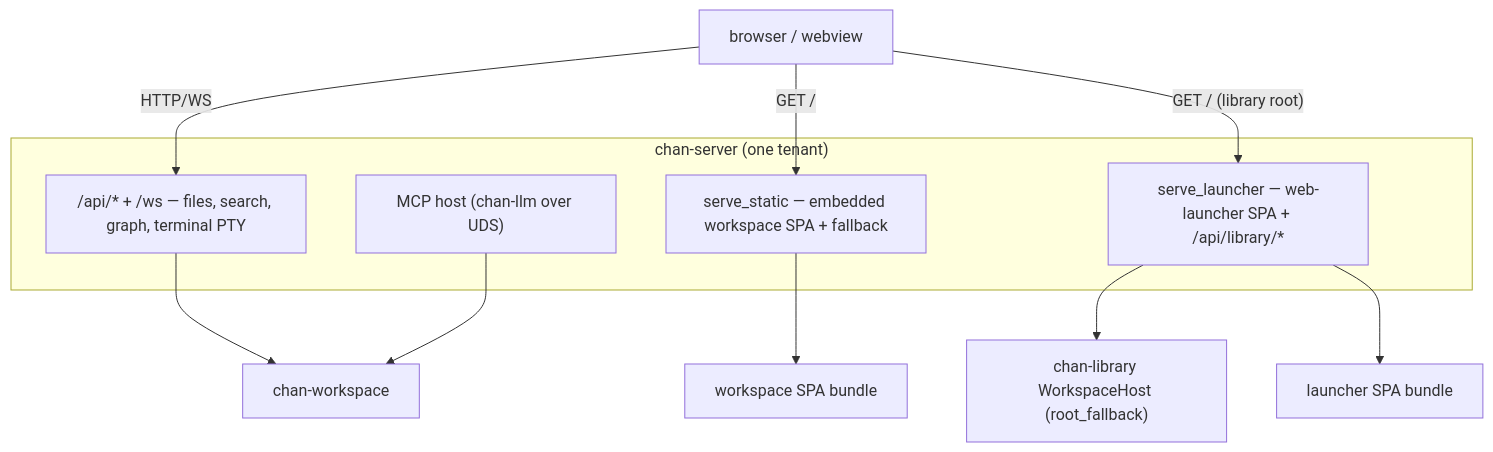
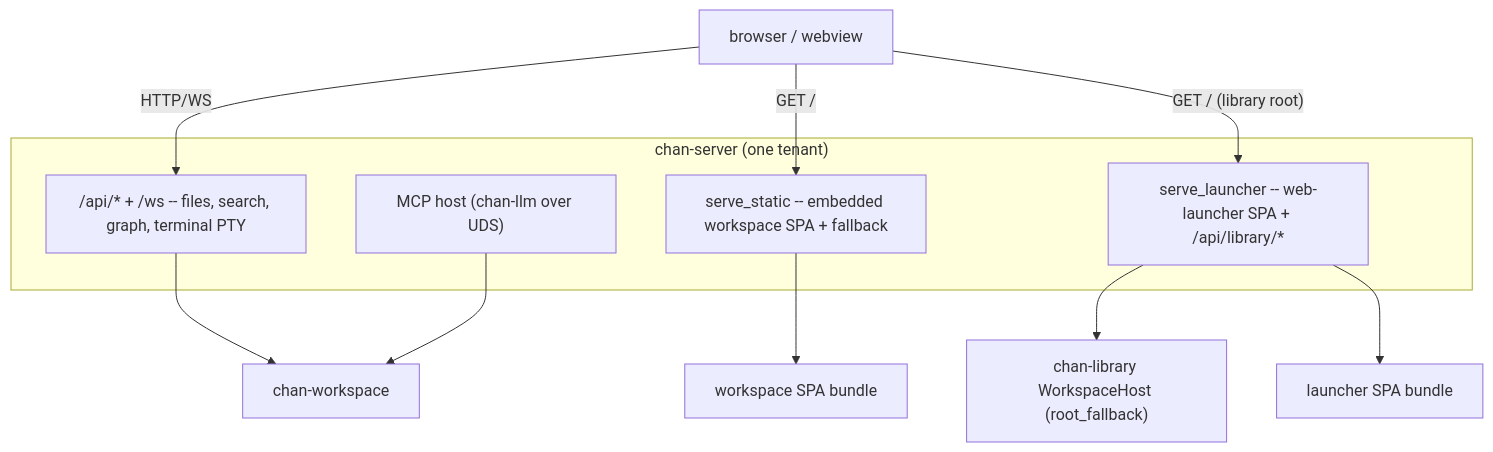
The diagram in crates/chan-server/design.md (likewhatevs/chan), drawn with Mermaid before and after one commit. The commit also changed other lines of this file and 194 other files, not shown here.

````diff
--- a/crates/chan-server/design.md
+++ b/crates/chan-server/design.md
@@ -24,17 +13,17 @@
 ```mermaid
 flowchart TB
   subgraph chan-server["chan-server (one tenant)"]
-    API["/api/* + /ws — files, search, graph, terminal PTY"]
-    Static["serve_static — embedded workspace SPA + fallback"]
-    Launcher["serve_launcher — web-launcher SPA + /api/library/*"]
+    API["/api/* + /ws -- files, search, graph, terminal PTY"]
+    Static["serve_static -- embedded workspace SPA + fallback"]
+    Launcher["serve_launcher -- web-launcher SPA + /api/library/*"]
     MCPsvc["MCP host (chan-llm over UDS)"]
   end
   API --> WS["chan-workspace"]
   Launcher --> Host["chan-library WorkspaceHost (root_fallback)"]
   MCPsvc --> WS
   Static --> Bundle["workspace SPA bundle"]
   Launcher --> LBundle["launcher SPA bundle"]
   Client["browser / webview"] -->|HTTP/WS| API
   Client -->|GET /| Static
   Client -->|"GET / (library root)"| Launcher
 ```
````
